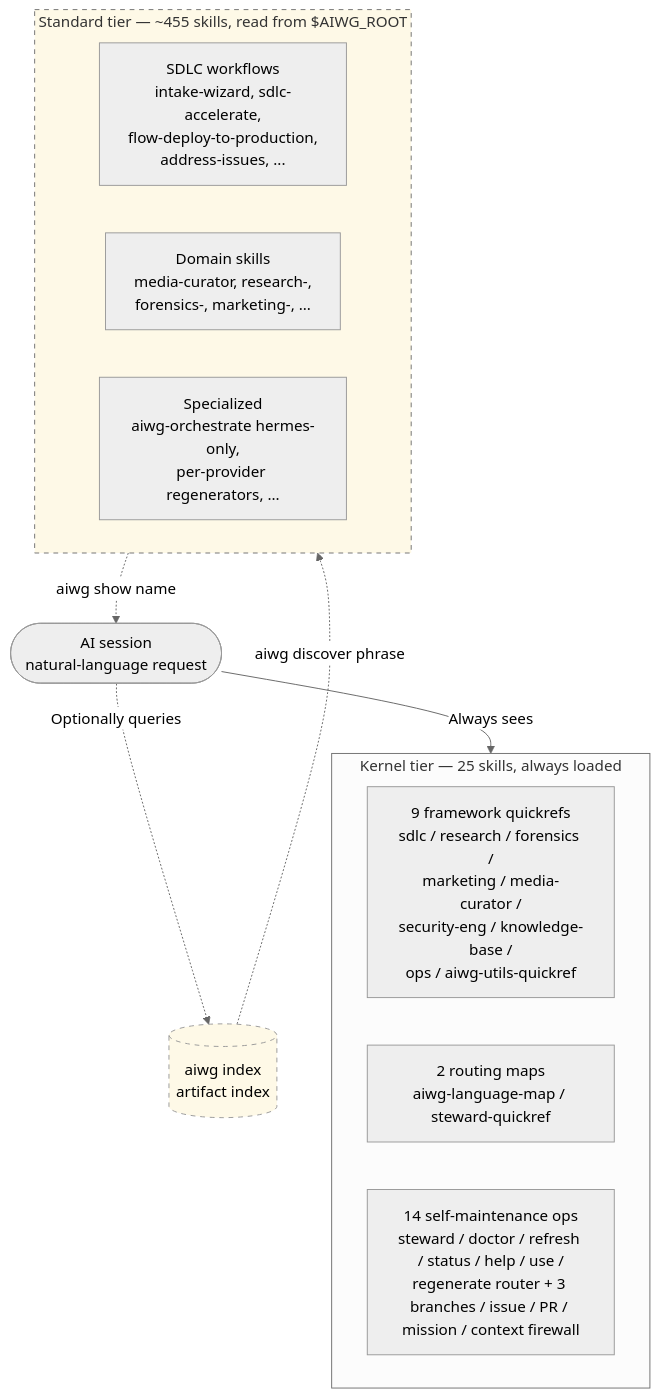
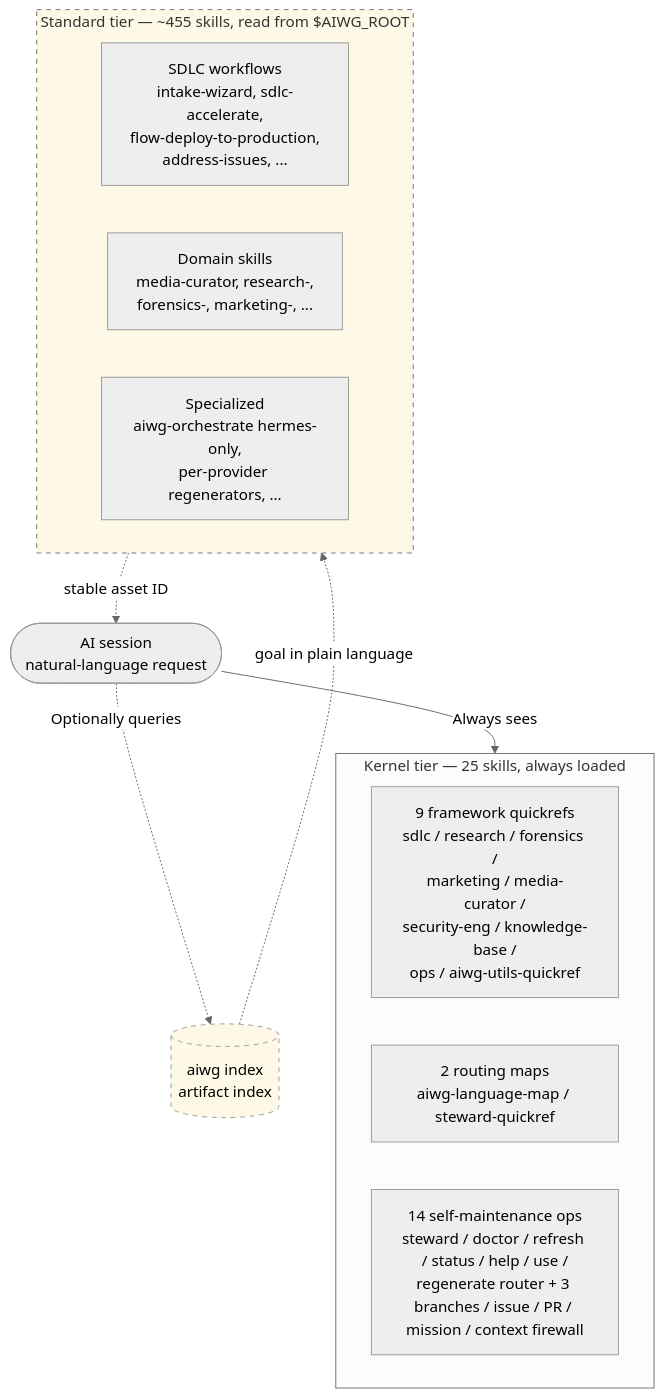
The second of 8 diagrams in docs/architecture-overview.md (jmagly/ai-writing-guide), drawn with Mermaid (neutral theme) before and after one commit. The commit also changed other lines of this file and 84 other files, not shown here.

````diff
--- a/docs/architecture-overview.md
+++ b/docs/architecture-overview.md
@@ -75,27 +75,27 @@
 ```mermaid
 flowchart TB
   subgraph KERNEL["Kernel tier — 25 skills, always loaded"]
     direction LR
     K1[9 framework quickrefs<br/>sdlc / research / forensics /<br/>marketing / media-curator /<br/>security-eng / knowledge-base /<br/>ops / aiwg-utils-quickref]
     K2[2 routing maps<br/>aiwg-language-map / steward-quickref]
     K3[14 self-maintenance ops<br/>steward / doctor / refresh / status / help / use /<br/>regenerate router + 3 branches / issue / PR / mission / context firewall]
   end
 
   subgraph STANDARD["Standard tier — ~455 skills, read from $AIWG_ROOT"]
     direction LR
     S1[SDLC workflows<br/>intake-wizard, sdlc-accelerate,<br/>flow-deploy-to-production,<br/>address-issues, ...]
     S2[Domain skills<br/>media-curator, research-,<br/>forensics-, marketing-, ...]
     S3[Specialized<br/>aiwg-orchestrate hermes-only,<br/>per-provider regenerators, ...]
   end
 
   AGENT([AI session<br/>natural-language request])
 
   AGENT -->|Always sees| KERNEL
   AGENT -.->|Optionally queries| INDEX[(aiwg index<br/>artifact index)]
-  INDEX -.->|aiwg discover phrase| STANDARD
-  STANDARD -.->|aiwg show name| AGENT
+  INDEX -.->|goal in plain language| STANDARD
+  STANDARD -.->|stable asset ID| AGENT
 
   classDef optional stroke-dasharray: 5 5,fill:#fef9e7
   class INDEX optional
   class STANDARD optional
 ```
````
